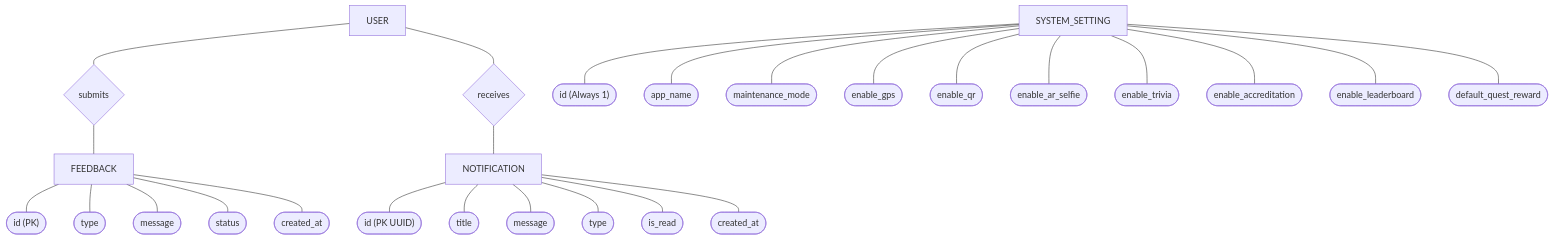
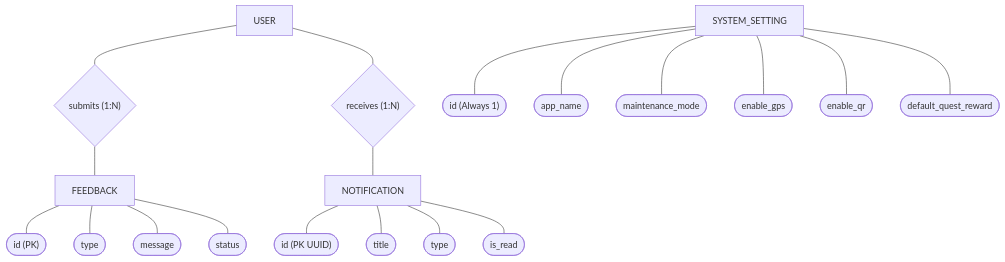
The sixth of 6 diagrams in erd-model.md (Cipher-Syntax/ARQuest), drawn with Mermaid before and after one commit. The commit also changed other lines of this file and 8 other files, not shown here.

Commit message:
Updated: documentation + diagrams

````diff
--- a/erd-model.md
+++ b/erd-model.md
@@ -313,69 +349,55 @@
 ```mermaid
 flowchart TD
-    %% External Entity Ref
+    %% External Entity
     USER["USER"]
 
     %% Entities
     SYS["SYSTEM_SETTING"]
     FDBK["FEEDBACK"]
     NOTIF["NOTIFICATION"]
 
     %% Relationships
-    submits{"submits"}
-    receives{"receives"}
+    submits{"submits (1:N)"}
+    receives{"receives (1:N)"}
 
     %% Attributes - System Setting
     s_id(["id (Always 1)"])
     s_app(["app_name"])
     s_maint(["maintenance_mode"])
     s_gps(["enable_gps"])
     s_qr(["enable_qr"])
-    s_ar(["enable_ar_selfie"])
-    s_triv(["enable_trivia"])
-    s_acc(["enable_accreditation"])
-    s_lead(["enable_leaderboard"])
     s_pts(["default_quest_reward"])
 
     SYS --- s_id
     SYS --- s_app
     SYS --- s_maint
     SYS --- s_gps
     SYS --- s_qr
-    SYS --- s_ar
-    SYS --- s_triv
-    SYS --- s_acc
-    SYS --- s_lead
     SYS --- s_pts
 
     %% Attributes - Feedback
     f_id(["id (PK)"])
     f_type(["type"])
     f_msg(["message"])
     f_stat(["status"])
-    f_cr(["created_at"])
 
     FDBK --- f_id
     FDBK --- f_type
     FDBK --- f_msg
     FDBK --- f_stat
-    FDBK --- f_cr
 
     %% Attributes - Notification
     n_id(["id (PK UUID)"])
     n_title(["title"])
-    n_msg(["message"])
     n_type(["type"])
     n_read(["is_read"])
-    n_cr(["created_at"])
 
     NOTIF --- n_id
     NOTIF --- n_title
-    NOTIF --- n_msg
     NOTIF --- n_type
     NOTIF --- n_read
-    NOTIF --- n_cr
 
     %% Structure
     USER --- submits --- FDBK
     USER --- receives --- NOTIF
 ```
````
